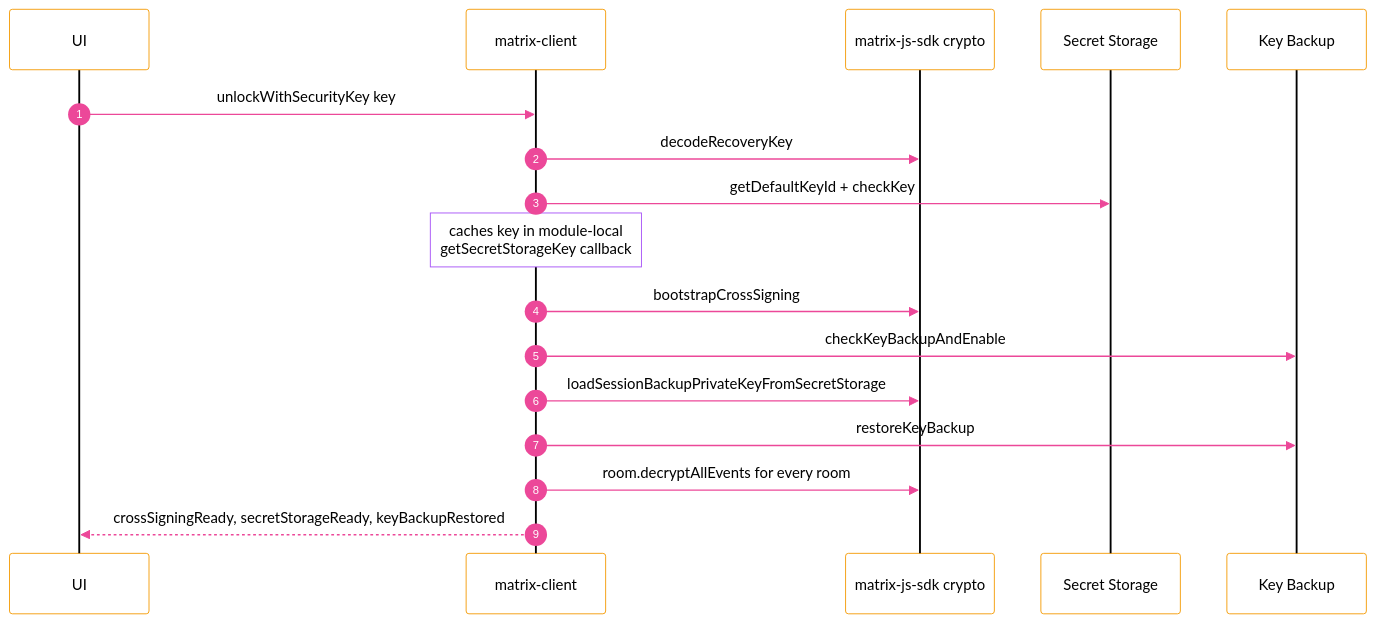
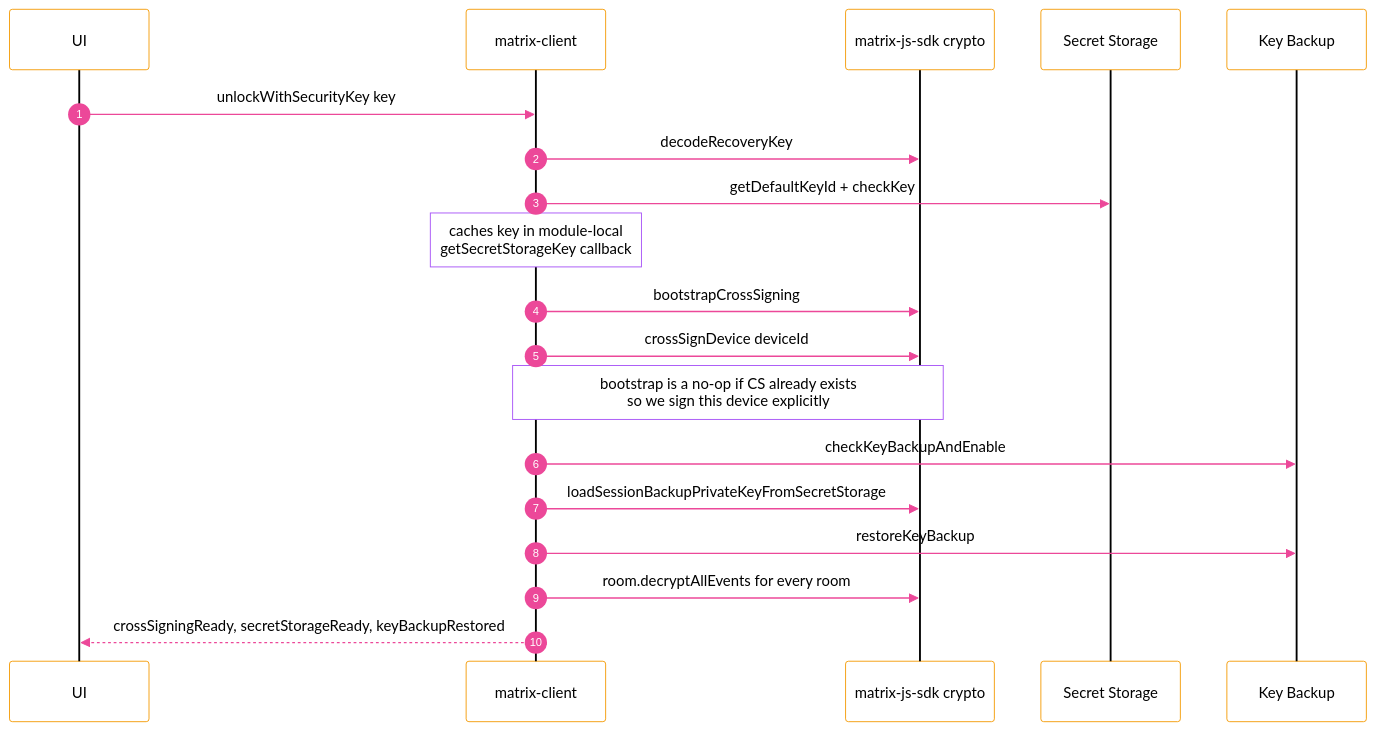
Before and after one commit to quochuydev/matrix-e2e-emr: the third of 5 diagrams in packages/matrix-client/README.md, drawn with Mermaid. The commit also changed other lines of this file and 3 other files, not shown here.

First line of the commit message:
docs(diagrams): sync READMEs with peer-key-share + crossSignDevice

````diff
--- a/packages/matrix-client/README.md
+++ b/packages/matrix-client/README.md
@@ -102,21 +106,23 @@
 ```mermaid
 %%{init: {'theme':'base','themeVariables':{'background':'#ffffff','primaryTextColor':'#000000','actorBkg':'#ffffff','actorBorder':'#f59e0b','actorTextColor':'#000000','actorLineColor':'#000000','signalColor':'#ec4899','signalTextColor':'#000000','sequenceNumberColor':'#ffffff','noteBkgColor':'#ffffff','noteBorderColor':'#a855f7','noteTextColor':'#000000','labelBoxBkgColor':'#ffffff','labelBoxBorderColor':'#000000','labelTextColor':'#000000','fontFamily':'system-ui'}}}%%
 sequenceDiagram
   autonumber
   participant UI
   participant MC as matrix-client
   participant SDK as matrix-js-sdk crypto
   participant SS as Secret Storage
   participant KB as Key Backup
 
   UI->>MC: unlockWithSecurityKey key
   MC->>SDK: decodeRecoveryKey
   MC->>SS: getDefaultKeyId + checkKey
   Note over MC: caches key in module-local<br/>getSecretStorageKey callback
   MC->>SDK: bootstrapCrossSigning
+  MC->>SDK: crossSignDevice deviceId
+  Note over MC,SDK: bootstrap is a no-op if CS already exists<br/>so we sign this device explicitly
   MC->>KB: checkKeyBackupAndEnable
   MC->>SDK: loadSessionBackupPrivateKeyFromSecretStorage
   MC->>KB: restoreKeyBackup
   MC->>SDK: room.decryptAllEvents for every room
   MC-->>UI: crossSigningReady, secretStorageReady, keyBackupRestored
 ```
````
